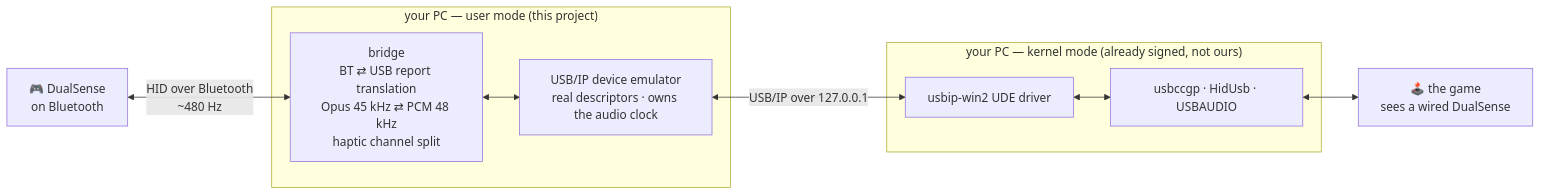
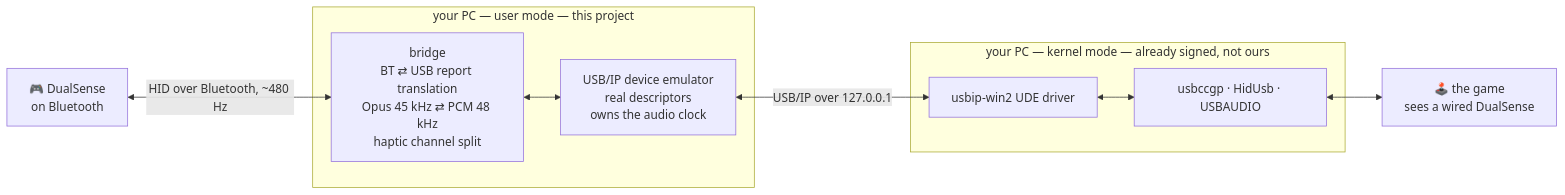
One commit to Macle57/ds5-virtual-cable changed the diagram in README.md. Above: the diagram before and after it, drawn with Mermaid. The commit also changed 1 other file, not shown here.

Commit message:
README/requirements: safer mermaid edge syntax, verified dependency versions
Use the |"label"| form for the bidirectional edges, which is the most
reliably supported, and keep parentheses out of subgraph titles. Note the
exact package versions everything was verified against next to the
conservative lower bounds.

````diff
--- a/README.md
+++ b/README.md
@@ -52,19 +52,19 @@
 ```mermaid
 flowchart LR
     PAD["🎮 DualSense<br/>on Bluetooth"]
-    subgraph UM ["your PC — user mode (this project)"]
+    subgraph UM ["your PC — user mode — this project"]
         BR["bridge<br/>BT ⇄ USB report translation<br/>Opus 45 kHz ⇄ PCM 48 kHz<br/>haptic channel split"]
-        EMU["USB/IP device emulator<br/>real descriptors · owns the audio clock"]
+        EMU["USB/IP device emulator<br/>real descriptors<br/>owns the audio clock"]
     end
-    subgraph KM ["your PC — kernel mode (already signed, not ours)"]
+    subgraph KM ["your PC — kernel mode — already signed, not ours"]
         UDE["usbip-win2 UDE driver"]
         WIN["usbccgp · HidUsb · USBAUDIO"]
     end
     GAME["🕹️ the game<br/>sees a wired DualSense"]
 
-    PAD <-- "HID over Bluetooth<br/>~480 Hz" --> BR
+    PAD <-->|"HID over Bluetooth, ~480 Hz"| BR
     BR <--> EMU
-    EMU <-- "USB/IP over 127.0.0.1" --> UDE
+    EMU <-->|"USB/IP over 127.0.0.1"| UDE
     UDE <--> WIN
     WIN <--> GAME
 ```
````
